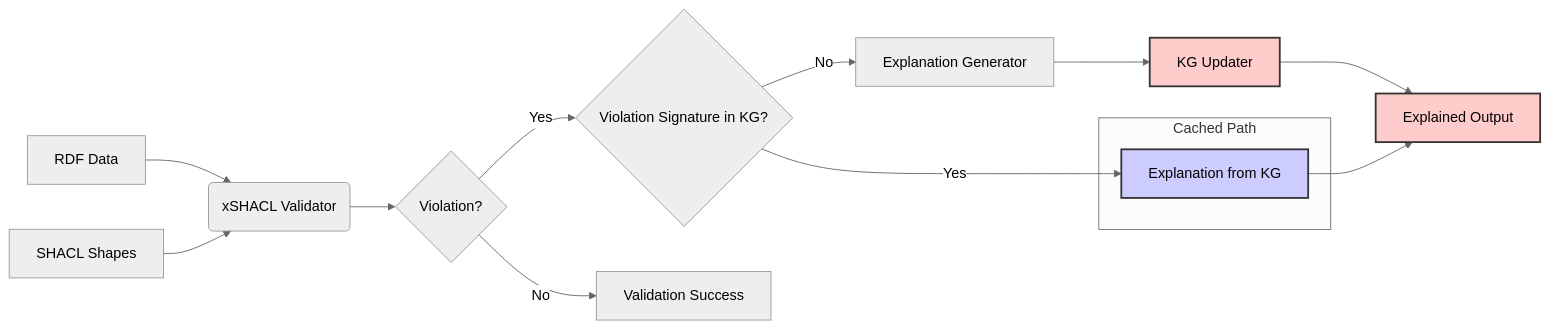
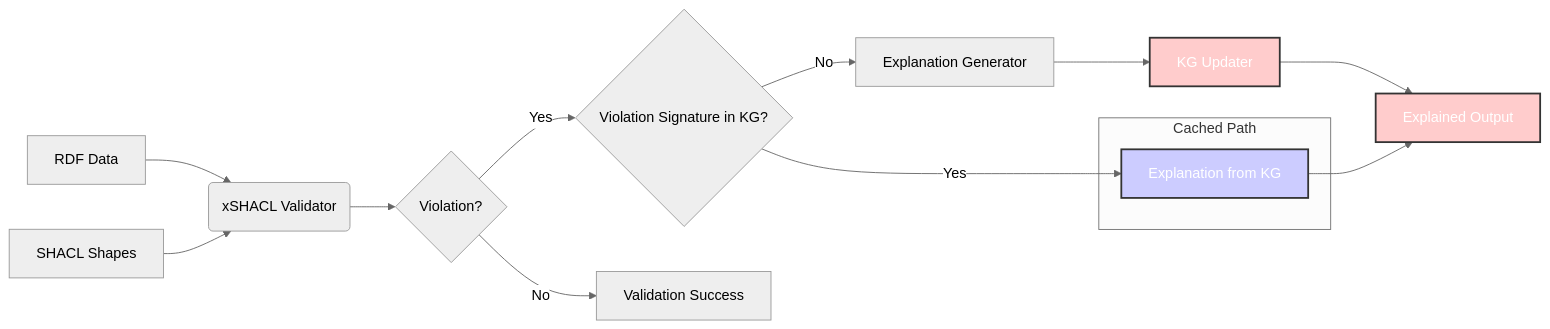
Before and after one commit to gcpdev/xpshacl: the diagram in README.md, drawn with Mermaid (neutral theme).

Commit message:
Update README.md
Make Mermaid chart more readable

````diff
--- a/README.md
+++ b/README.md
@@ -13,19 +13,19 @@
 ```mermaid
 graph LR
     A[RDF Data] --> B(xSHACL Validator);
     C[SHACL Shapes] --> B;
     B --> D{Violation?};
     D -- Yes --> E{Violation Signature in KG?};
     E -- Yes --> F[Explanation from KG];
     E -- No --> G[Explanation Generator];
     G --> I[KG Updater];
     I --> H[Explained Output];
     F --> H;
     D -- No --> K[Validation Success];
     subgraph "Cached Path"
         F
     end
-    style F fill:#ccf,stroke:#333,stroke-width:2px
-    style H fill:#fcc,stroke:#333,stroke-width:2px
-    style I fill:#fcc,stroke:#333,stroke-width:2px
+    style F fill:#ccf,stroke:#333,stroke-width:2px,color:#fff
+    style H fill:#fcc,stroke:#333,stroke-width:2px,color:#fff
+    style I fill:#fcc,stroke:#333,stroke-width:2px,color:#fff
 ```
````
